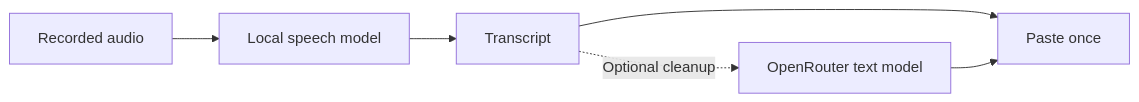
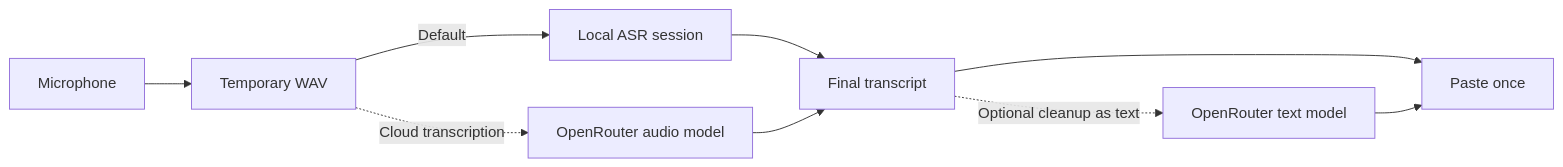
The diagram in README.md (adevol/VoiceCommander), drawn with Mermaid before and after one commit. The commit also changed other lines of this file, not shown here.

````diff
--- a/README.md
+++ b/README.md
@@ -39,8 +30,11 @@
 ```mermaid
 flowchart LR
-    A[Recorded audio] --> B[Local speech model]
-    B --> C[Transcript]
-    C --> D[Paste once]
-    C -. Optional cleanup .-> E[OpenRouter text model]
-    E --> D
+    A[Microphone] --> B[Temporary WAV]
+    B -->|Default| C[Local ASR session]
+    B -. Cloud transcription .-> D[OpenRouter audio model]
+    C --> E[Final transcript]
+    D --> E
+    E --> F[Paste once]
+    E -. Optional cleanup as text .-> G[OpenRouter text model]
+    G --> F
 ```
````
